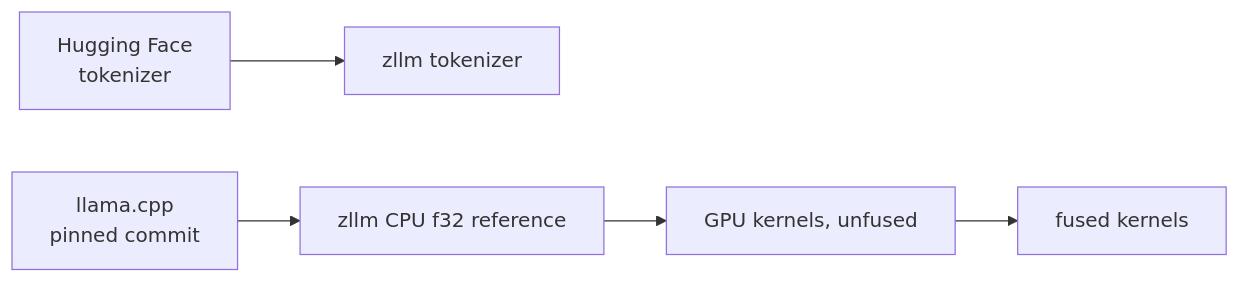
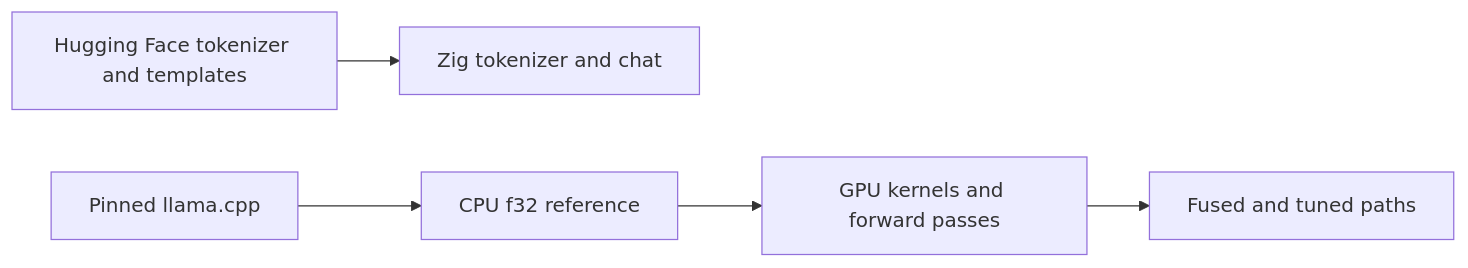
Before and after one commit to mattneel/zllm: the third of 3 diagrams in docs/src/architecture.md, drawn with Mermaid. The commit also changed other lines of this file and 19 other files, not shown here.

````diff
--- a/docs/src/architecture.md
+++ b/docs/src/architecture.md
@@ -93,7 +119,7 @@
 ```mermaid
 flowchart LR
-  HF[Hugging Face<br/>tokenizer] --> TOK[zllm tokenizer]
-  LC[llama.cpp<br/>pinned commit] --> REF[zllm CPU f32 reference]
-  REF --> GPU[GPU kernels, unfused]
-  GPU --> FUSED[fused kernels]
+  HF[Hugging Face tokenizer and templates] --> TOK[Zig tokenizer and chat]
+  LC[Pinned llama.cpp] --> REF[CPU f32 reference]
+  REF --> GPU[GPU kernels and forward passes]
+  GPU --> FUSED[Fused and tuned paths]
 ```
````
